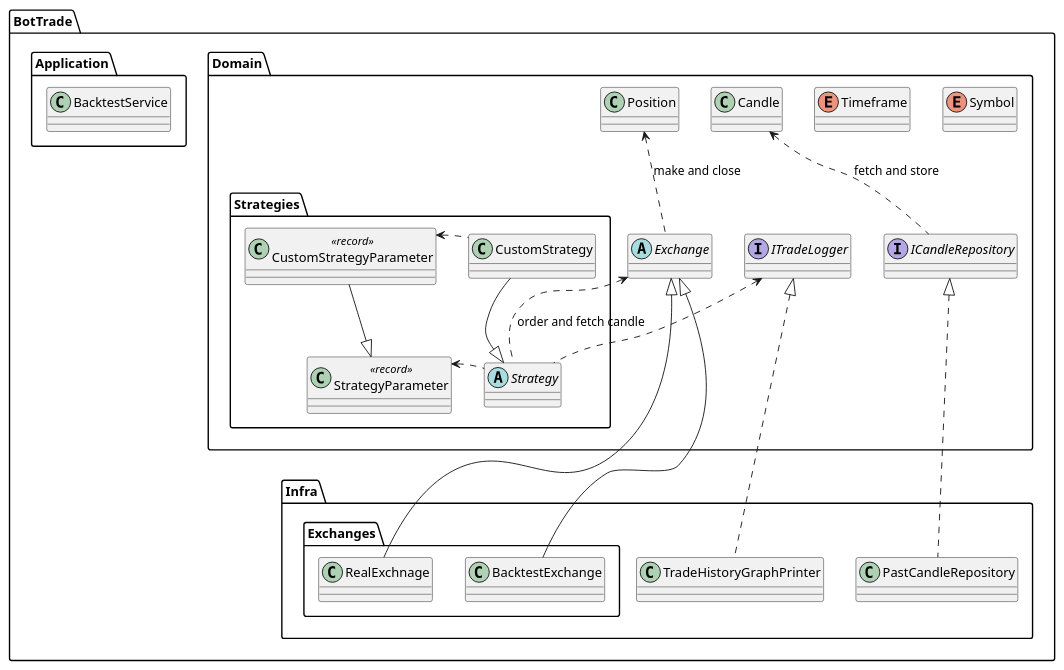
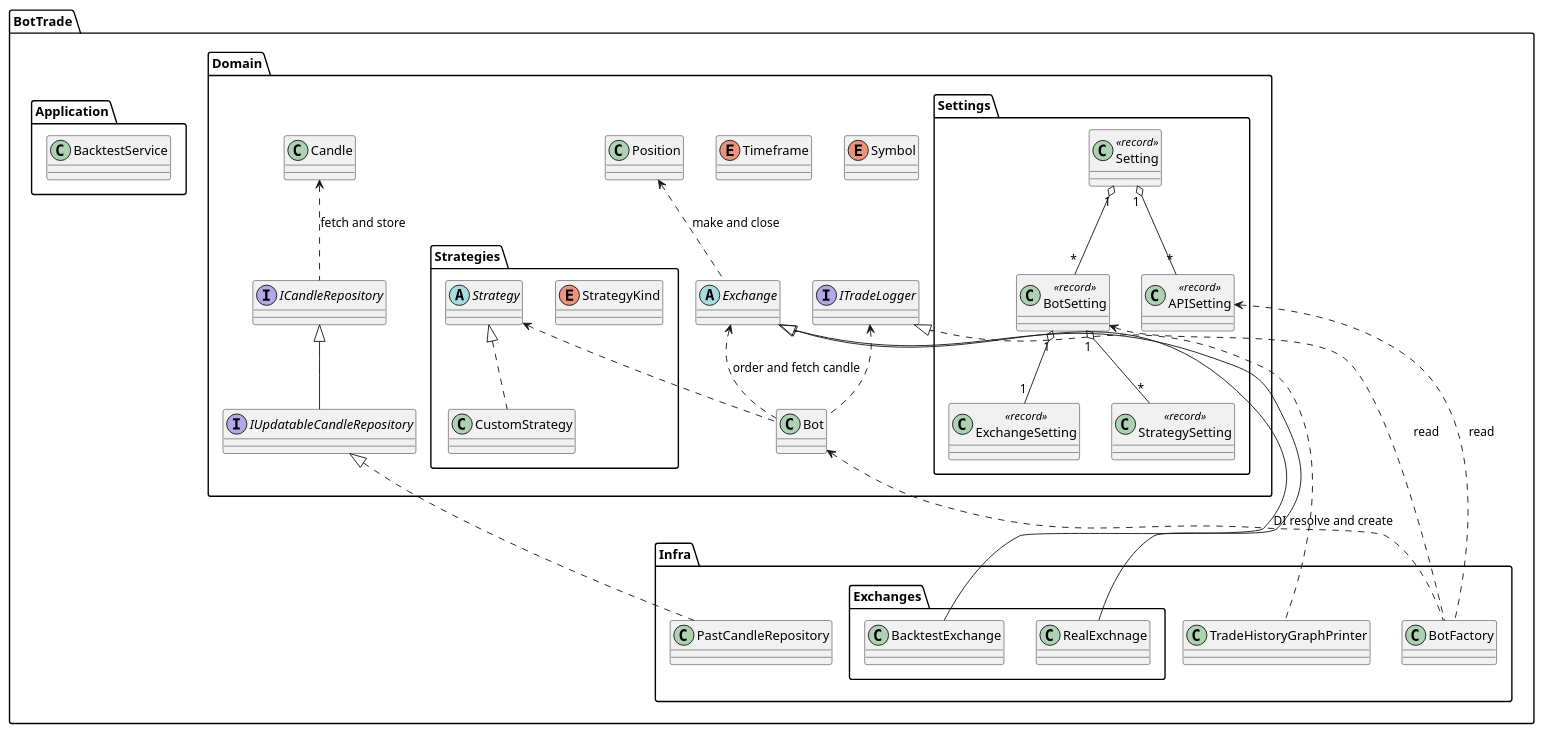
One commit to nmskm240/BotTradeFramework changed the diagram in doc/uml/classes.pu. Above: the diagram before and after it, drawn with PlantUML. The commit also changed 26 other files, not shown here.

```diff
--- a/doc/uml/classes.pu
+++ b/doc/uml/classes.pu
@@ -1,60 +1,71 @@
 @startuml
 
 package BotTrade
 {
     package Domain
     {
         package Strategies
         {
+            enum StrategyKind
             abstract Strategy
-            class StrategyParameter <<record>>
             class CustomStrategy
-            class CustomStrategyParameter <<record>>
+        }
+        package Settings
+        {
+            class Setting <<record>>
+            class APISetting <<record>>
+            class BotSetting <<record>>
+            class ExchangeSetting <<record>>
+            class StrategySetting <<record>>
         }
         enum Symbol
         enum Timeframe
+        class Bot
         class Candle
         class Position
         abstract Exchange
         interface ICandleRepository
+        interface IUpdatableCandleRepository
         interface ITradeLogger
-
-        CustomStrategy -[hidden]left- CustomStrategyParameter 
-        Strategy -[hidden]left- StrategyParameter 
-        Strategy -[hidden]- Exchange
-        Exchange -[hidden] ICandleRepository
-        Exchange -[hidden] ITradeLogger
     }
     package Application
     {
         class BacktestService
     }
     package Infra
     {
+        class BotFactory
         class PastCandleRepository
         class TradeHistoryGraphPrinter
 
         package Exchanges
         {
             class BacktestExchange
             class RealExchnage
         }
     }
 }
 
-Strategy <|-up- CustomStrategy
-StrategyParameter <|-up- CustomStrategyParameter
-Exchange <|-down- BacktestExchange
-Exchange <|-down- RealExchnage
+Exchange <|-- BacktestExchange
+Exchange <|-- RealExchnage
+ICandleRepository <|-- IUpdatableCandleRepository
 
-ITradeLogger <|... TradeHistoryGraphPrinter
-ICandleRepository <|... PastCandleRepository
+Strategy <|.. CustomStrategy
+ITradeLogger <|.. TradeHistoryGraphPrinter
+IUpdatableCandleRepository <|.. PastCandleRepository
 
-StrategyParameter <.. Strategy
-CustomStrategyParameter <.. CustomStrategy
-ITradeLogger <.. Strategy 
-Exchange <.. Strategy : order and fetch candle
+Bot <.. BotFactory : DI resolve and create
+BotSetting <.. BotFactory : read
+APISetting <.. BotFactory : read
+Strategy <.. Bot
+ITradeLogger <.. Bot 
+Exchange <.. Bot : order and fetch candle
 Candle <.. ICandleRepository : fetch and store
 Position <.. Exchange : make and close
 
+Setting "1" o-- "*" APISetting 
+Setting "1" o-- "*" BotSetting
+BotSetting "1" o-- "1" ExchangeSetting
+BotSetting "1" o-- "*" StrategySetting
+
 @enduml
```
